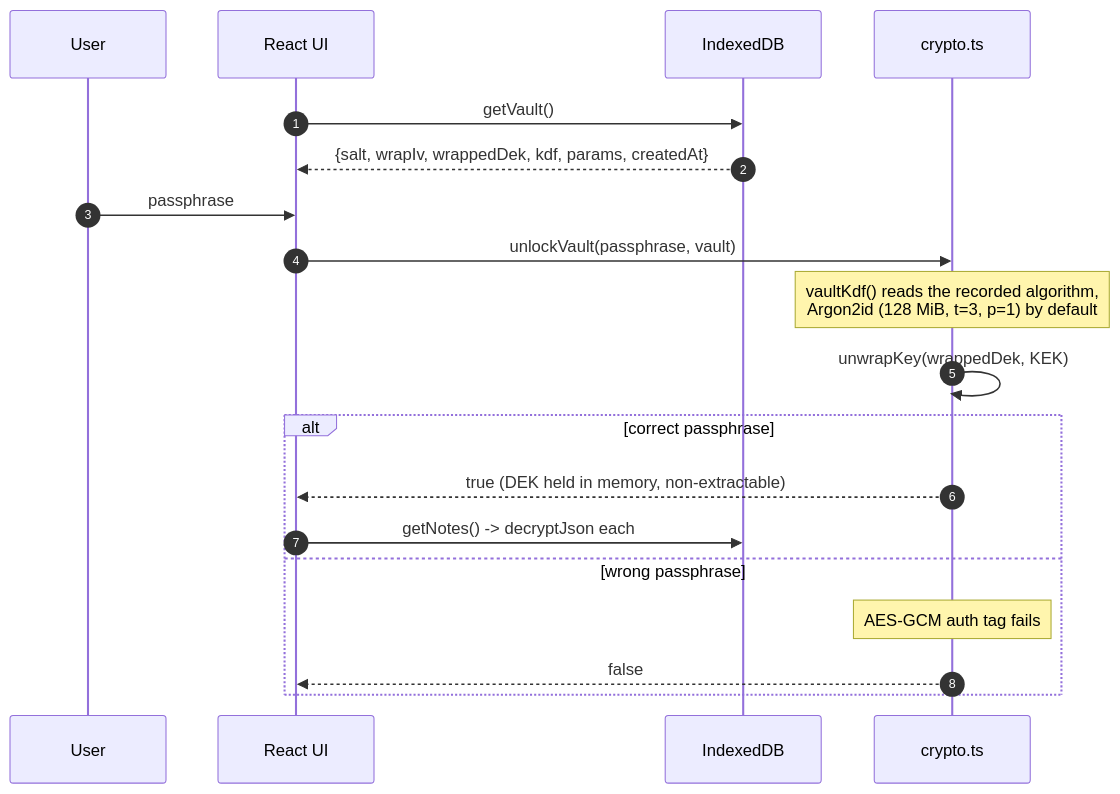
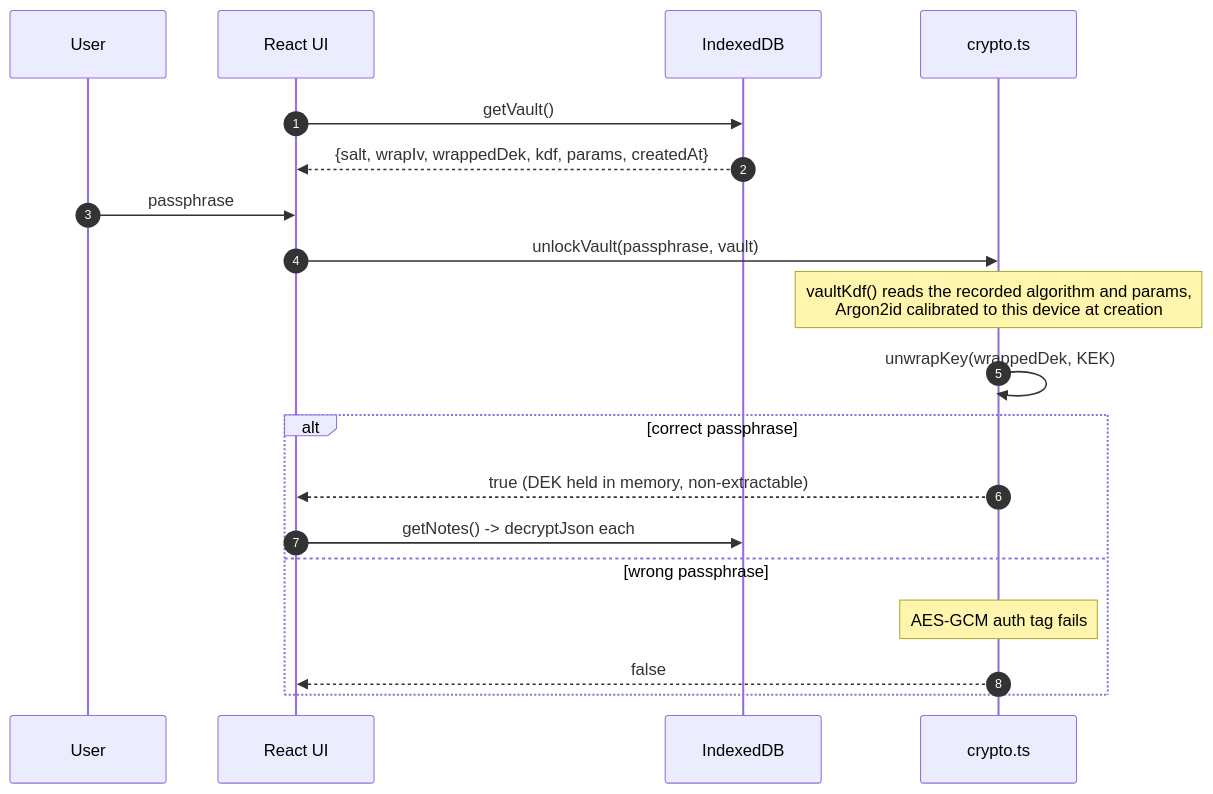
One commit to mortenoh/lockbox changed the fourth of 4 diagrams in docs/design/architecture.md. Above: the diagram before and after it, drawn with Mermaid. The commit also changed 10 other files, not shown here.

First line of the commit message:
perf(crypto): calibrate KDF parameters to the device at vault creation

````diff
--- a/docs/design/architecture.md
+++ b/docs/design/architecture.md
@@ -188,22 +188,22 @@
 ```mermaid
 sequenceDiagram
     autonumber
     participant U as User
     participant UI as React UI
     participant DB as IndexedDB
     participant C as crypto.ts
 
     UI->>DB: getVault()
     DB-->>UI: {salt, wrapIv, wrappedDek, kdf, params, createdAt}
     U->>UI: passphrase
     UI->>C: unlockVault(passphrase, vault)
-    Note over C: vaultKdf() reads the recorded algorithm,<br/>Argon2id (128 MiB, t=3, p=1) by default
+    Note over C: vaultKdf() reads the recorded algorithm and params,<br/>Argon2id calibrated to this device at creation
     C->>C: unwrapKey(wrappedDek, KEK)
     alt correct passphrase
         C-->>UI: true (DEK held in memory, non-extractable)
         UI->>DB: getNotes() -> decryptJson each
     else wrong passphrase
         Note over C: AES-GCM auth tag fails
         C-->>UI: false
     end
 ```
````
